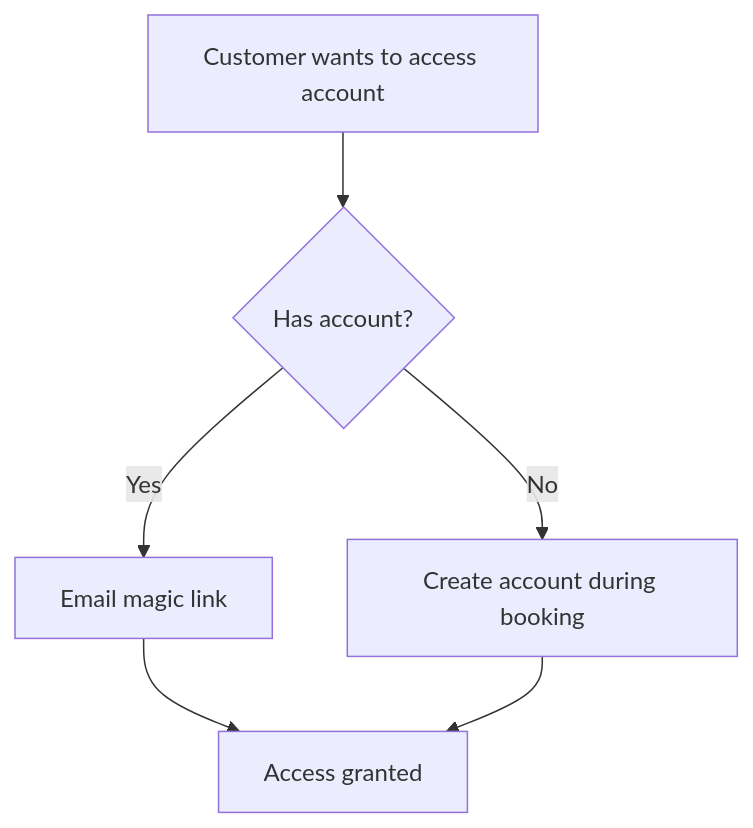
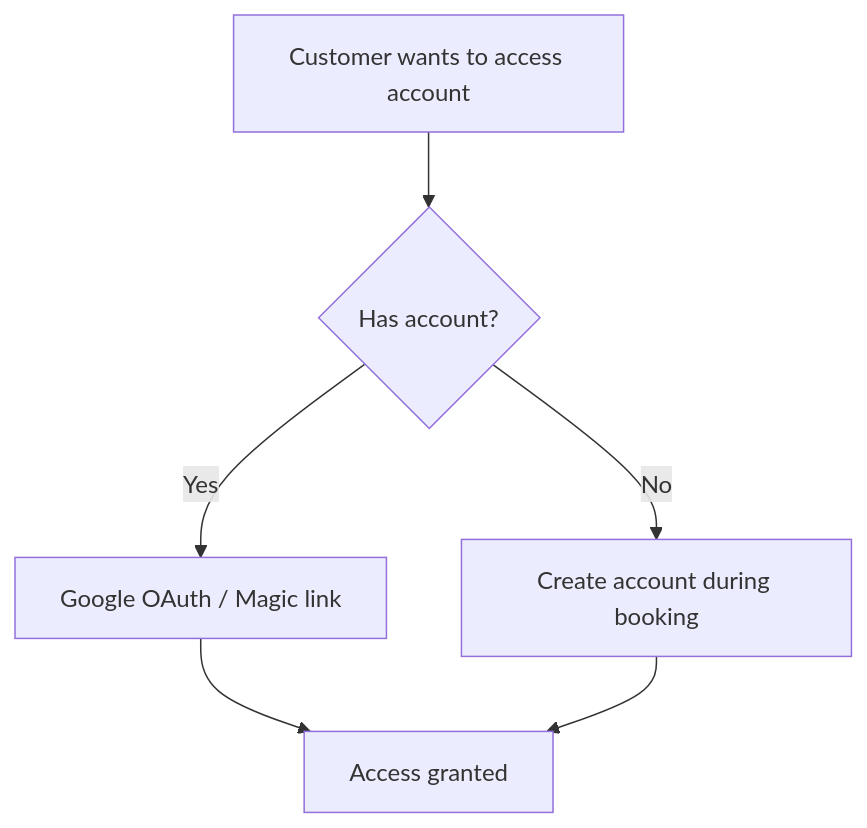
One commit to UnderprotectionDev/salon-management-saas changed the fourth of 4 diagrams in docs/prd/03-features/customer-portal.md. Above: the diagram before and after it, drawn with Mermaid. The commit also changed other lines of this file and 57 other files, not shown here.

````diff
--- a/docs/prd/03-features/customer-portal.md
+++ b/docs/prd/03-features/customer-portal.md
@@ -206,14 +206,14 @@
 ```mermaid
 flowchart TB
     Start[Customer wants to access account]
     HasAccount{Has account?}
-    LoginMethod[Email magic link]
+    LoginMethod[Google OAuth / Magic link]
     CreateAccount[Create account during booking]
     Authenticated[Access granted]
 
     Start --> HasAccount
     HasAccount -->|Yes| LoginMethod
     HasAccount -->|No| CreateAccount
     LoginMethod --> Authenticated
     CreateAccount --> Authenticated
 ```
````
